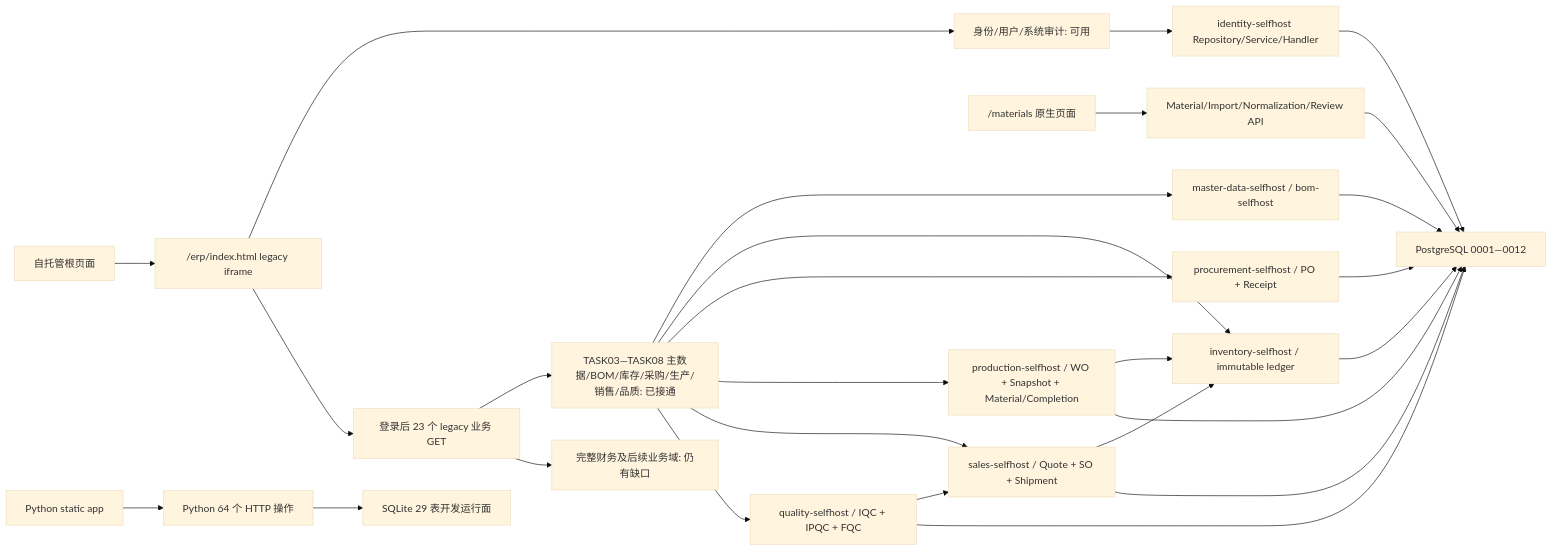
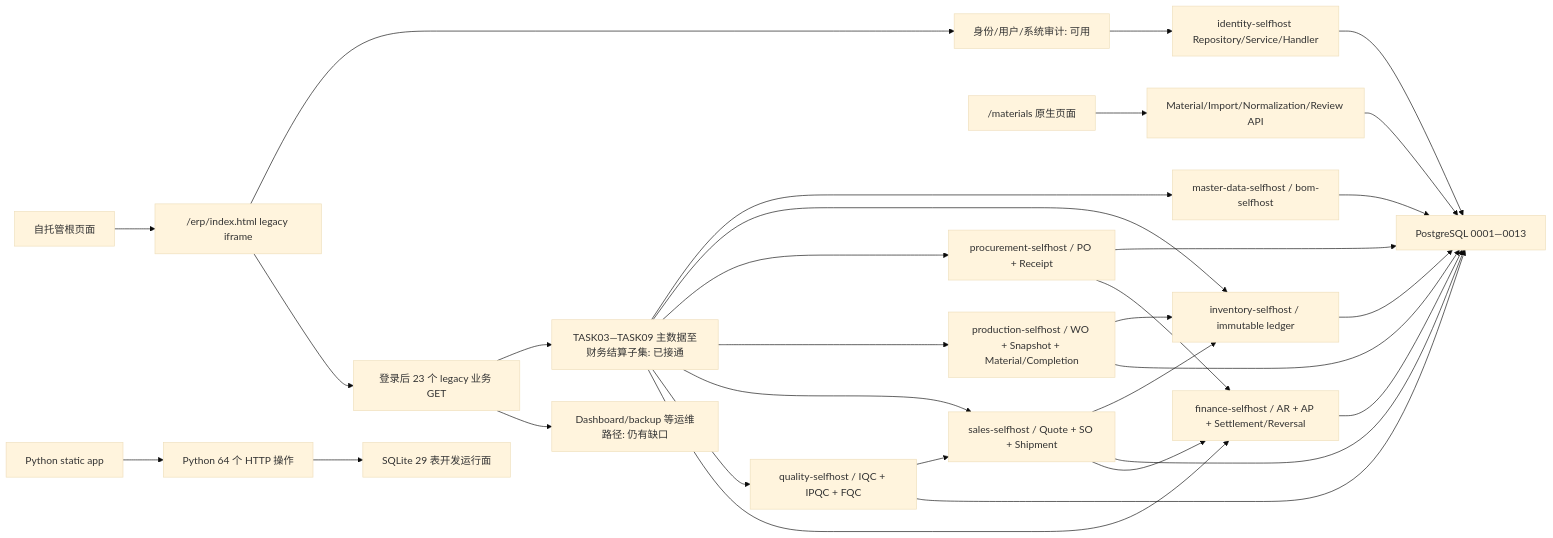
The first of 7 diagrams in docs/project/ARCHITECTURE.md (3443176848/chenyida), drawn with Mermaid (base theme) before and after one commit. The commit also changed other lines of this file and 37 other files, not shown here.

````diff
--- a/docs/project/ARCHITECTURE.md
+++ b/docs/project/ARCHITECTURE.md
@@ -9,31 +9,35 @@
 ```mermaid
 flowchart LR
     ROOT["自托管根页面"] --> IFRAME["/erp/index.html legacy iframe"]
     IFRAME --> AUTH["身份/用户/系统审计: 可用"]
     IFRAME --> BATCH["登录后 23 个 legacy 业务 GET"]
-    BATCH --> M8["TASK03—TASK08 主数据/BOM/库存/采购/生产/销售/品质: 已接通"]
-    BATCH --> NF["完整财务及后续业务域: 仍有缺口"]
+    BATCH --> M9["TASK03—TASK09 主数据至财务结算子集: 已接通"]
+    BATCH --> NF["Dashboard/backup 等运维路径: 仍有缺口"]
 
     NATIVE["/materials 原生页面"] --> MM["Material/Import/Normalization/Review API"]
     AUTH --> ID["identity-selfhost Repository/Service/Handler"]
-    ID --> PG["PostgreSQL 0001—0012"]
+    ID --> PG["PostgreSQL 0001—0013"]
     MM --> PG
-    M8 --> MDB["master-data-selfhost / bom-selfhost"]
+    M9 --> MDB["master-data-selfhost / bom-selfhost"]
     MDB --> PG
-    M8 --> INV["inventory-selfhost / immutable ledger"]
+    M9 --> INV["inventory-selfhost / immutable ledger"]
     INV --> PG
-    M8 --> PROC["procurement-selfhost / PO + Receipt"]
+    M9 --> PROC["procurement-selfhost / PO + Receipt"]
     PROC --> PG
-    M8 --> PROD["production-selfhost / WO + Snapshot + Material/Completion"]
+    M9 --> PROD["production-selfhost / WO + Snapshot + Material/Completion"]
     PROD --> INV
     PROD --> PG
-    M8 --> SALES["sales-selfhost / Quote + SO + Shipment"]
+    M9 --> SALES["sales-selfhost / Quote + SO + Shipment"]
     SALES --> INV
     SALES --> PG
-    M8 --> QUALITY["quality-selfhost / IQC + IPQC + FQC"]
+    M9 --> QUALITY["quality-selfhost / IQC + IPQC + FQC"]
     QUALITY --> SALES
     QUALITY --> PG
+    M9 --> FINANCE["finance-selfhost / AR + AP + Settlement/Reversal"]
+    SALES --> FINANCE
+    PROC --> FINANCE
+    FINANCE --> PG
 
     PYUI["Python static app"] --> PYAPI["Python 64 个 HTTP 操作"]
     PYAPI --> SQLITE["SQLite 29 表开发运行面"]
 ```
````
